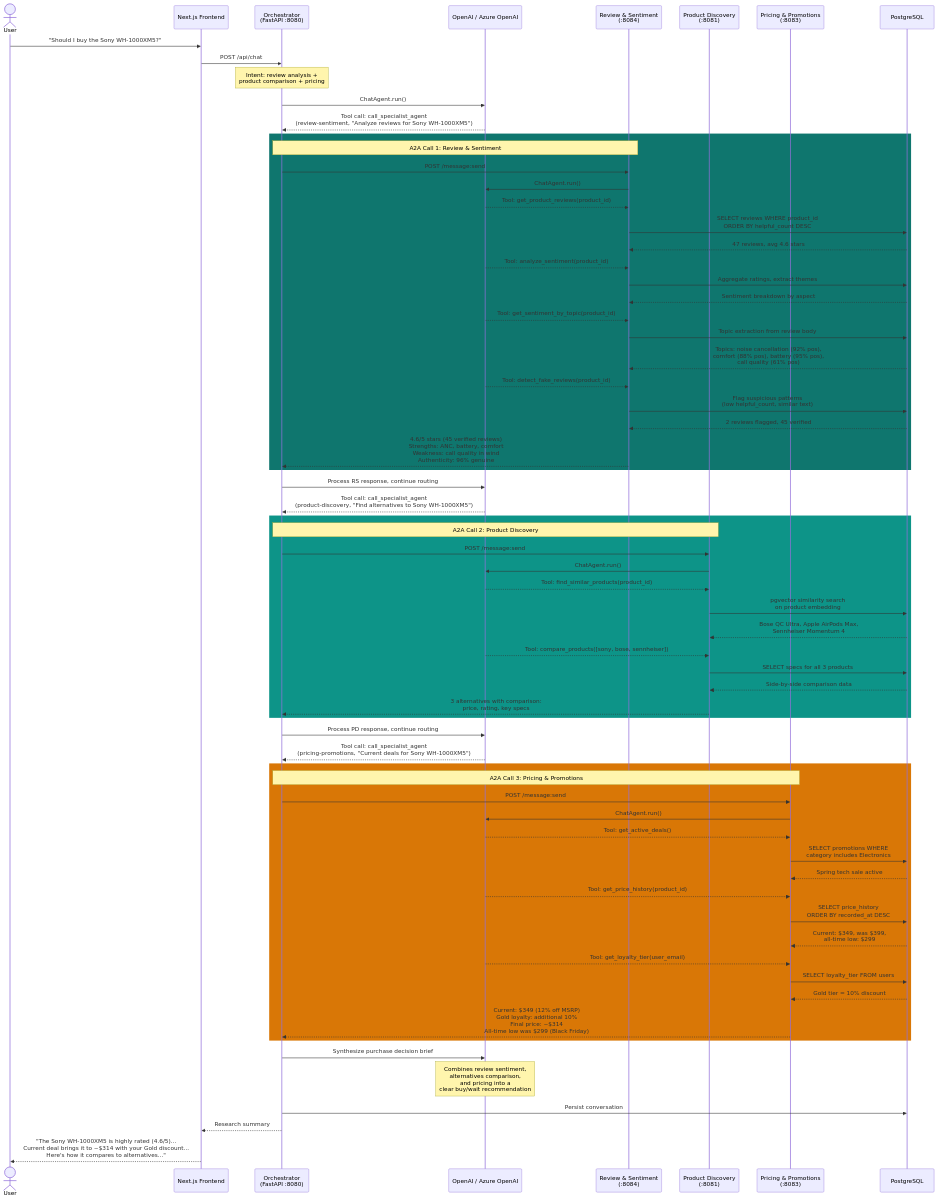
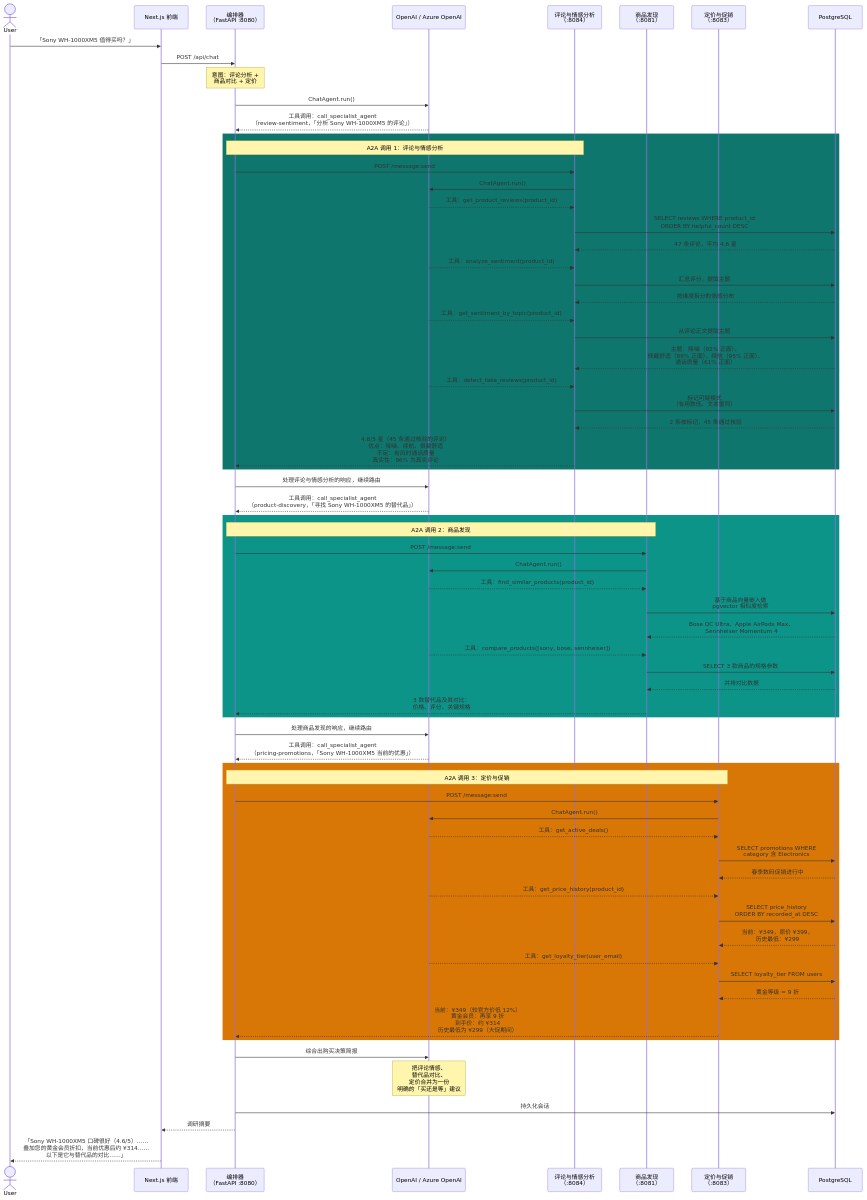
One commit to s1encisi/reliable-commerce-agents changed the second of 5 diagrams in docs/agent-flows.md. Above: the diagram before and after it, drawn with Mermaid. The commit also changed other lines of this file and 1033 other files, not shown here.

````diff
--- a/docs/agent-flows.md
+++ b/docs/agent-flows.md
@@ -113,80 +113,80 @@
 ```mermaid
 sequenceDiagram
     actor User
-    participant FE as Next.js Frontend
-    participant ORCH as Orchestrator<br/>(FastAPI :8080)
+    participant FE as Next.js 前端
+    participant ORCH as 编排器<br/>（FastAPI :8080）
     participant LLM as OpenAI / Azure OpenAI
-    participant RS as Review & Sentiment<br/>(:8084)
-    participant PD as Product Discovery<br/>(:8081)
-    participant PP as Pricing & Promotions<br/>(:8083)
+    participant RS as 评论与情感分析<br/>（:8084）
+    participant PD as 商品发现<br/>（:8081）
+    participant PP as 定价与促销<br/>（:8083）
     participant DB as PostgreSQL
 
-    User->>FE: "Should I buy the Sony WH-1000XM5?"
+    User->>FE: 「Sony WH-1000XM5 值得买吗？」
     FE->>ORCH: POST /api/chat
 
-    Note over ORCH: Intent: review analysis +<br/>product comparison + pricing
+    Note over ORCH: 意图：评论分析 +<br/>商品对比 + 定价
 
     ORCH->>LLM: ChatAgent.run()
-    LLM-->>ORCH: Tool call: call_specialist_agent<br/>(review-sentiment, "Analyze reviews for Sony WH-1000XM5")
+    LLM-->>ORCH: 工具调用：call_specialist_agent<br/>（review-sentiment，「分析 Sony WH-1000XM5 的评论」）
 
     rect rgb(15, 118, 110)
-        Note over ORCH,RS: A2A Call 1: Review & Sentiment
+        Note over ORCH,RS: A2A 调用 1：评论与情感分析
         ORCH->>RS: POST /message:send
         RS->>LLM: ChatAgent.run()
-        LLM-->>RS: Tool: get_product_reviews(product_id)
+        LLM-->>RS: 工具：get_product_reviews(product_id)
         RS->>DB: SELECT reviews WHERE product_id<br/>ORDER BY helpful_count DESC
-        DB-->>RS: 47 reviews, avg 4.6 stars
-        LLM-->>RS: Tool: analyze_sentiment(product_id)
-        RS->>DB: Aggregate ratings, extract themes
-        DB-->>RS: Sentiment breakdown by aspect
-        LLM-->>RS: Tool: get_sentiment_by_topic(product_id)
-        RS->>DB: Topic extraction from review body
-        DB-->>RS: Topics: noise cancellation (92% pos),<br/>comfort (88% pos), battery (95% pos),<br/>call quality (61% pos)
-        LLM-->>RS: Tool: detect_fake_reviews(product_id)
-        RS->>DB: Flag suspicious patterns<br/>(low helpful_count, similar text)
-        DB-->>RS: 2 reviews flagged, 45 verified
-        RS-->>ORCH: 4.6/5 stars (45 verified reviews)<br/>Strengths: ANC, battery, comfort<br/>Weakness: call quality in wind<br/>Authenticity: 96% genuine
+        DB-->>RS: 47 条评论，平均 4.6 星
+        LLM-->>RS: 工具：analyze_sentiment(product_id)
+        RS->>DB: 汇总评分，提取主题
+        DB-->>RS: 按维度拆分的情感分布
+        LLM-->>RS: 工具：get_sentiment_by_topic(product_id)
+        RS->>DB: 从评论正文提取主题
+        DB-->>RS: 主题：降噪（92% 正面）、<br/>佩戴舒适（88% 正面）、续航（95% 正面）、<br/>通话质量（61% 正面）
+        LLM-->>RS: 工具：detect_fake_reviews(product_id)
+        RS->>DB: 标记可疑模式<br/>（有用数低、文本雷同）
+        DB-->>RS: 2 条被标记，45 条通过核验
+        RS-->>ORCH: 4.6/5 星（45 条通过核验的评论）<br/>优点：降噪、续航、佩戴舒适<br/>不足：有风时通话质量<br/>真实性：96% 为真实评论
     end
 
-    ORCH->>LLM: Process RS response, continue routing
-    LLM-->>ORCH: Tool call: call_specialist_agent<br/>(product-discovery, "Find alternatives to Sony WH-1000XM5")
+    ORCH->>LLM: 处理评论与情感分析的响应，继续路由
+    LLM-->>ORCH: 工具调用：call_specialist_agent<br/>（product-discovery，「寻找 Sony WH-1000XM5 的替代品」）
 
     rect rgb(13, 148, 136)
-        Note over ORCH,PD: A2A Call 2: Product Discovery
+        Note over ORCH,PD: A2A 调用 2：商品发现
         ORCH->>PD: POST /message:send
         PD->>LLM: ChatAgent.run()
-        LLM-->>PD: Tool: find_similar_products(product_id)
-        PD->>DB: pgvector similarity search<br/>on product embedding
-        DB-->>PD: Bose QC Ultra, Apple AirPods Max,<br/>Sennheiser Momentum 4
-        LLM-->>PD: Tool: compare_products([sony, bose, sennheiser])
-        PD->>DB: SELECT specs for all 3 products
-        DB-->>PD: Side-by-side comparison data
-        PD-->>ORCH: 3 alternatives with comparison:<br/>price, rating, key specs
+        LLM-->>PD: 工具：find_similar_products(product_id)
+        PD->>DB: 基于商品向量嵌入做<br/>pgvector 相似度检索
+        DB-->>PD: Bose QC Ultra、Apple AirPods Max、<br/>Sennheiser Momentum 4
+        LLM-->>PD: 工具：compare_products([sony, bose, sennheiser])
+        PD->>DB: SELECT 3 款商品的规格参数
+        DB-->>PD: 并排对比数据
+        PD-->>ORCH: 3 款替代品及其对比：<br/>价格、评分、关键规格
     end
 
-    ORCH->>LLM: Process PD response, continue routing
-    LLM-->>ORCH: Tool call: call_specialist_agent<br/>(pricing-promotions, "Current deals for Sony WH-1000XM5")
+    ORCH->>LLM: 处理商品发现的响应，继续路由
+    LLM-->>ORCH: 工具调用：call_specialist_agent<br/>（pricing-promotions，「Sony WH-1000XM5 当前的优惠」）
 
     rect rgb(217, 119, 6)
-        Note over ORCH,PP: A2A Call 3: Pricing & Promotions
+        Note over ORCH,PP: A2A 调用 3：定价与促销
         ORCH->>PP: POST /message:send
         PP->>LLM: ChatAgent.run()
-        LLM-->>PP: Tool: get_active_deals()
-        PP->>DB: SELECT promotions WHERE<br/>category includes Electronics
-        DB-->>PP: Spring tech sale active
-        LLM-->>PP: Tool: get_price_history(product_id)
+        LLM-->>PP: 工具：get_active_deals()
+        PP->>DB: SELECT promotions WHERE<br/>category 含 Electronics
+        DB-->>PP: 春季数码促销进行中
+        LLM-->>PP: 工具：get_price_history(product_id)
         PP->>DB: SELECT price_history<br/>ORDER BY recorded_at DESC
-        DB-->>PP: Current: $349, was $399,<br/>all-time low: $299
-        LLM-->>PP: Tool: get_loyalty_tier(user_email)
+        DB-->>PP: 当前：¥349，原价 ¥399，<br/>历史最低：¥299
+        LLM-->>PP: 工具：get_loyalty_tier(user_email)
         PP->>DB: SELECT loyalty_tier FROM users
-        DB-->>PP: Gold tier = 10% discount
-        PP-->>ORCH: Current: $349 (12% off MSRP)<br/>Gold loyalty: additional 10%<br/>Final price: ~$314<br/>All-time low was $299 (Black Friday)
+        DB-->>PP: 黄金等级 = 9 折
+        PP-->>ORCH: 当前：¥349（较官方价低 12%）<br/>黄金会员：再享 9 折<br/>到手价：约 ¥314<br/>历史最低为 ¥299（大促期间）
     end
 
-    ORCH->>LLM: Synthesize purchase decision brief
-    Note over LLM: Combines review sentiment,<br/>alternatives comparison,<br/>and pricing into a<br/>clear buy/wait recommendation
+    ORCH->>LLM: 综合出购买决策简报
+    Note over LLM: 把评论情感、<br/>替代品对比、<br/>定价合并为一份<br/>明确的「买还是等」建议
 
-    ORCH->>DB: Persist conversation
-    ORCH-->>FE: Research summary
-    FE-->>User: "The Sony WH-1000XM5 is highly rated (4.6/5)...<br/>Current deal brings it to ~$314 with your Gold discount...<br/>Here's how it compares to alternatives..."
+    ORCH->>DB: 持久化会话
+    ORCH-->>FE: 调研摘要
+    FE-->>User: 「Sony WH-1000XM5 口碑很好（4.6/5）……<br/>叠加您的黄金会员折扣，当前优惠后约 ¥314……<br/>以下是它与替代品的对比……」
 ```
````
